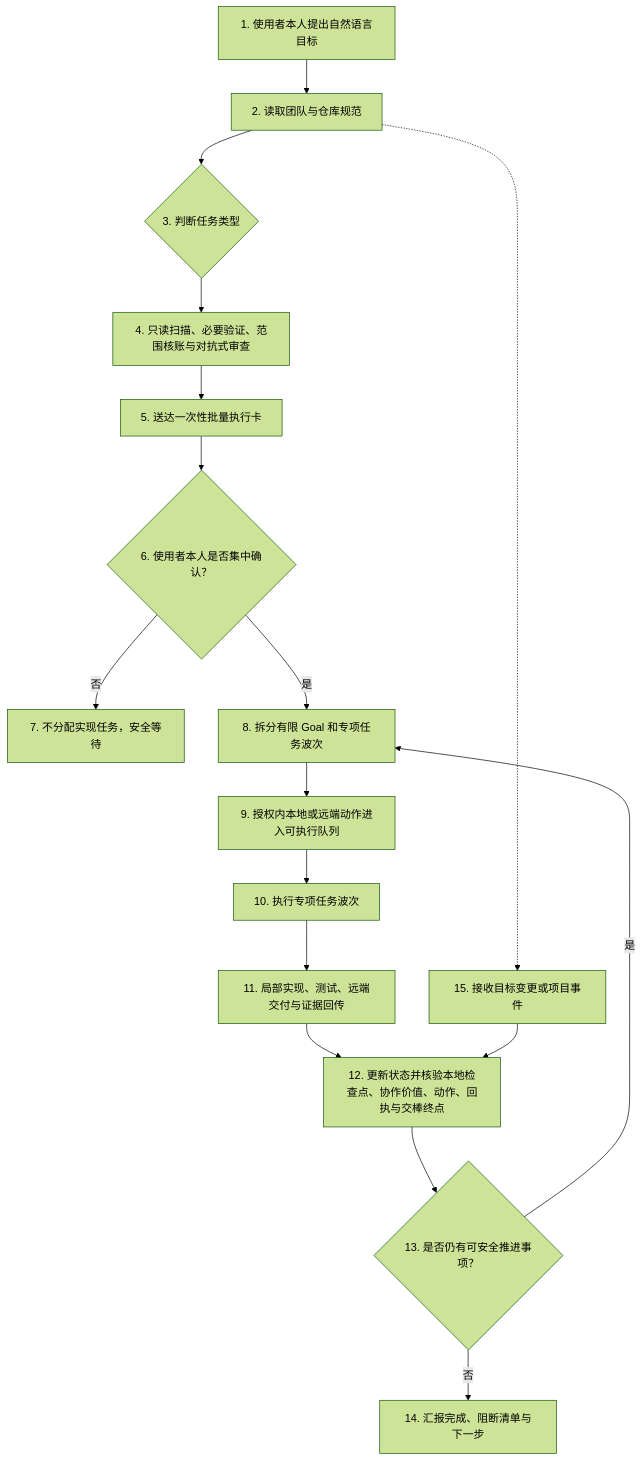
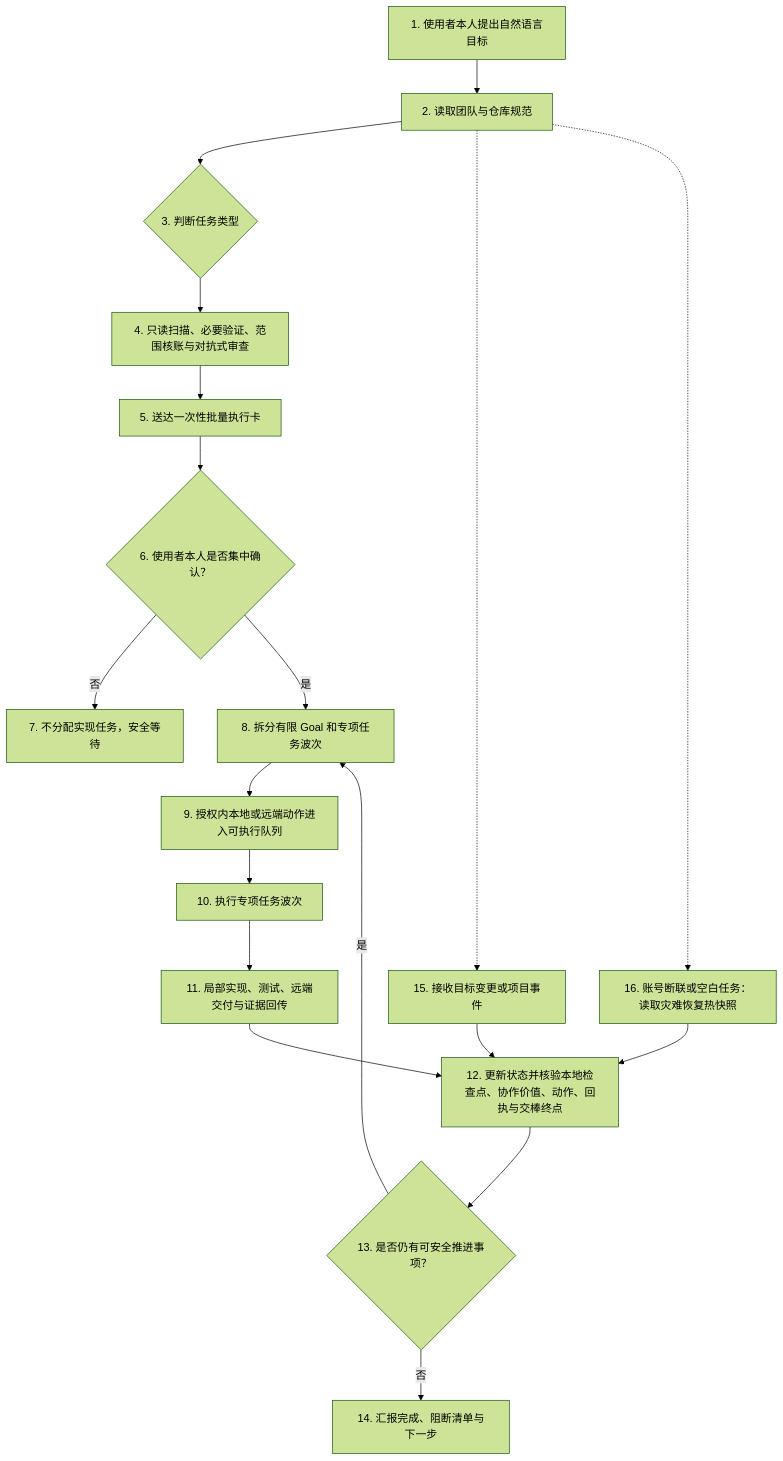
Before and after one commit to RongNianXin/agentic-project-commander: the diagram in 00-第二代工作流总览.md, drawn with Mermaid (forest theme). The commit also changed other lines of this file and 17 other files, not shown here.

````diff
--- a/00-第二代工作流总览.md
+++ b/00-第二代工作流总览.md
@@ -29,19 +33,21 @@
 ```mermaid
 flowchart TD
     _01["1. 使用者本人提出自然语言目标"] --> _02["2. 读取团队与仓库规范"]
     _02 --> _03{"3. 判断任务类型"}
     _03 --> _04["4. 只读扫描、必要验证、范围核账与对抗式审查"]
     _04 --> _05["5. 送达一次性批量执行卡"]
     _05 --> _06{"6. 使用者本人是否集中确认？"}
     _06 -->|否| _07["7. 不分配实现任务，安全等待"]
     _06 -->|是| _08["8. 拆分有限 Goal 和专项任务波次"]
     _08 --> _09["9. 授权内本地或远端动作进入可执行队列"]
     _09 --> _10["10. 执行专项任务波次"]
     _10 --> _11["11. 局部实现、测试、远端交付与证据回传"]
     _11 --> _12["12. 更新状态并核验本地检查点、协作价值、动作、回执与交棒终点"]
     _12 --> _13{"13. 是否仍有可安全推进事项？"}
     _13 -->|是| _08
     _13 -->|否| _14["14. 汇报完成、阻断清单与下一步"]
     _02 -.-> _15["15. 接收目标变更或项目事件"]
     _15 --> _12
+    _02 -.-> _16["16. 账号断联或空白任务：读取灾难恢复热快照"]
+    _16 --> _12
 ```
````
